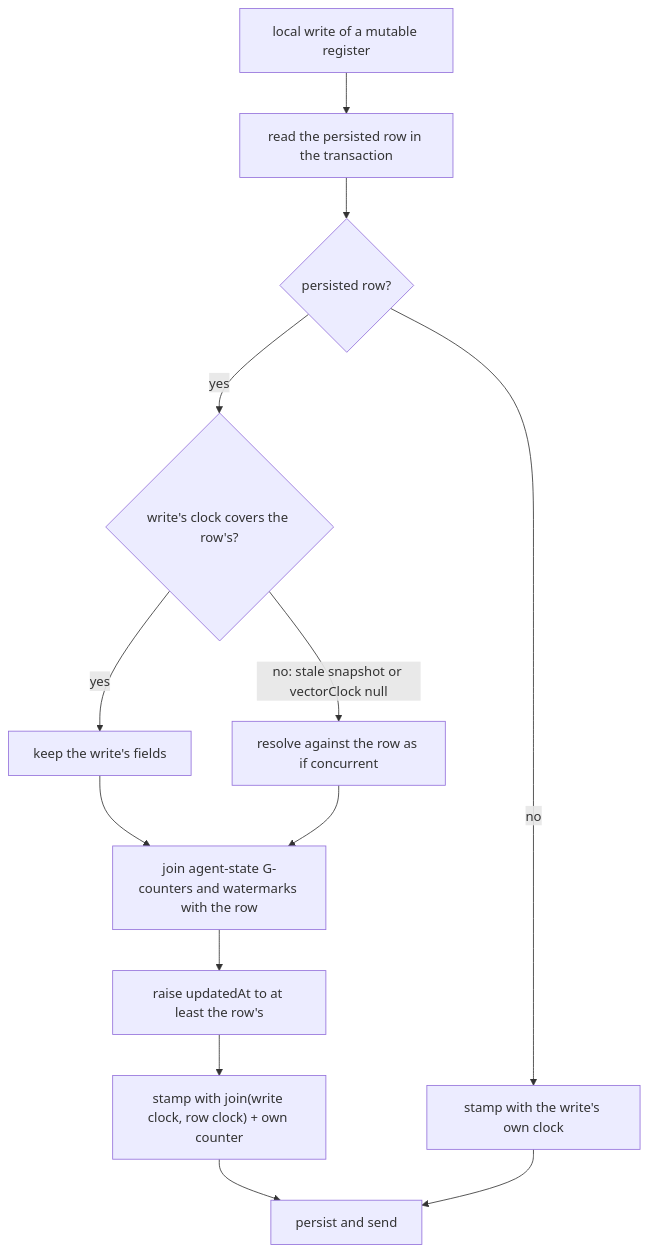
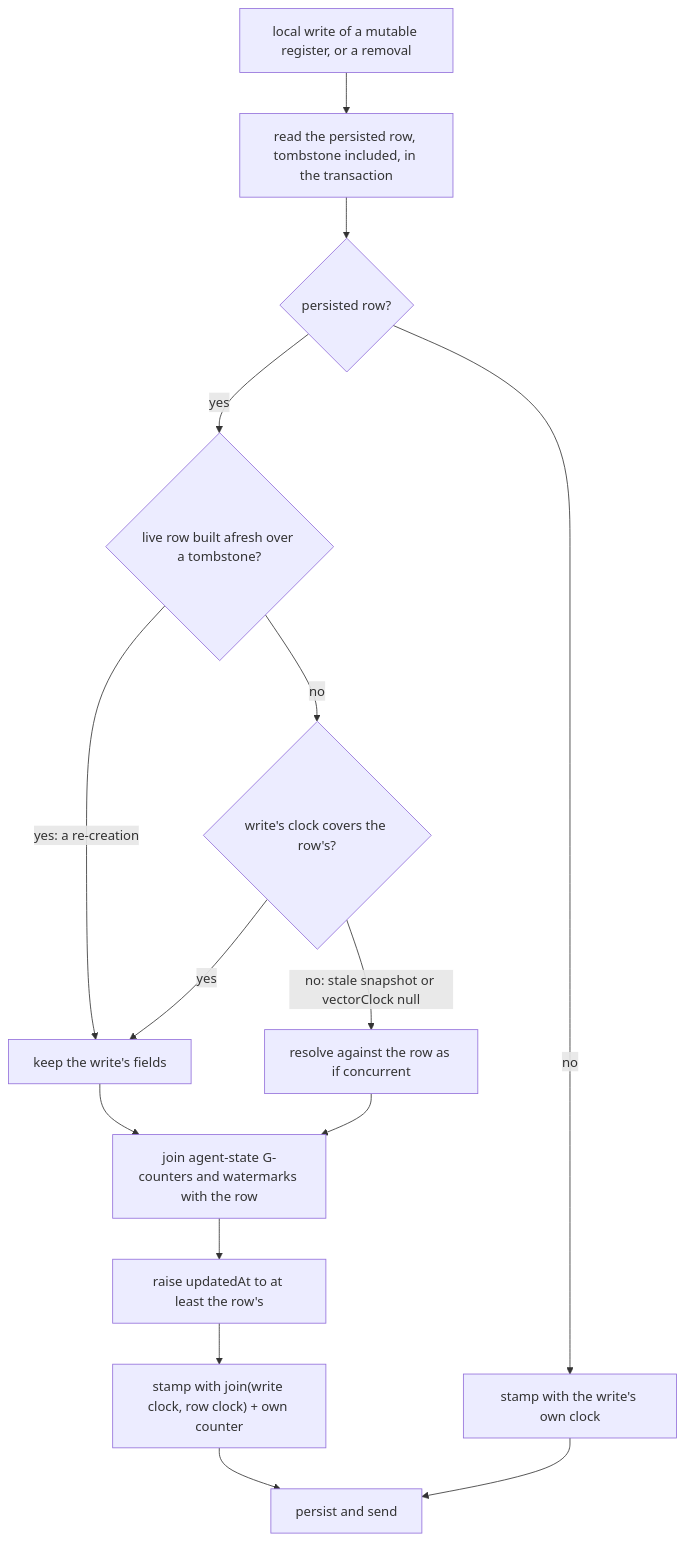
Before and after one commit to matthiasn/lotti: the fifth of 5 diagrams in knowledge/features/sync/vector-clocks-and-conflicts.md, drawn with Mermaid. The commit also changed other lines of this file and 41 other files, not shown here.

````diff
--- a/knowledge/features/sync/vector-clocks-and-conflicts.md
+++ b/knowledge/features/sync/vector-clocks-and-conflicts.md
@@ -479,15 +529,17 @@
 ```mermaid
 flowchart TD
-  W[local write of a mutable register] --> R[read the persisted row in the transaction]
+  W[local write of a mutable register, or a removal] --> R["read the persisted row, tombstone included, in the transaction"]
   R --> P{persisted row?}
   P -- no --> S[stamp with the write's own clock]
-  P -- yes --> C{write's clock covers the row's?}
-  C -- yes --> F[keep the write's fields]
+  P -- yes --> Q{"live row built afresh over a tombstone?"}
+  Q -- "yes: a re-creation" --> F[keep the write's fields]
+  Q -- no --> C{write's clock covers the row's?}
+  C -- yes --> F
   C -- "no: stale snapshot or vectorClock null" --> M[resolve against the row as if concurrent]
   F --> J[join agent-state G-counters and watermarks with the row]
   M --> J
   J --> T[raise updatedAt to at least the row's]
   T --> V["stamp with join(write clock, row clock) + own counter"]
   V --> O[persist and send]
   S --> O
 ```
````
